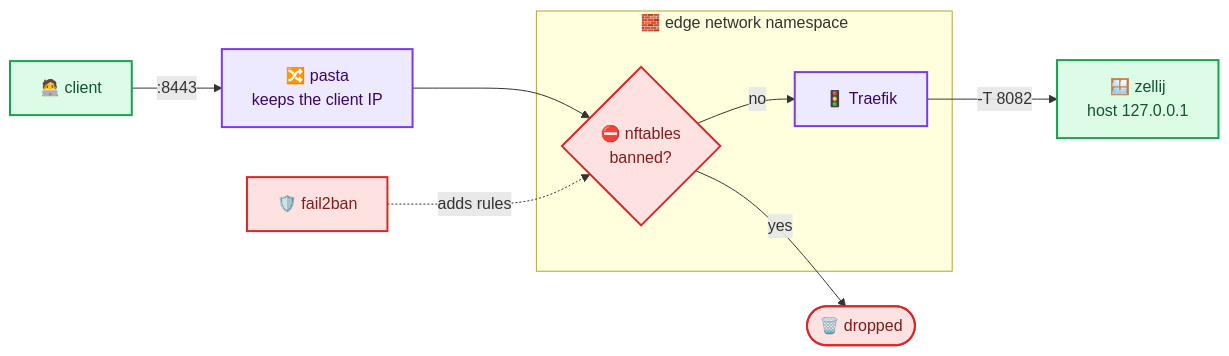
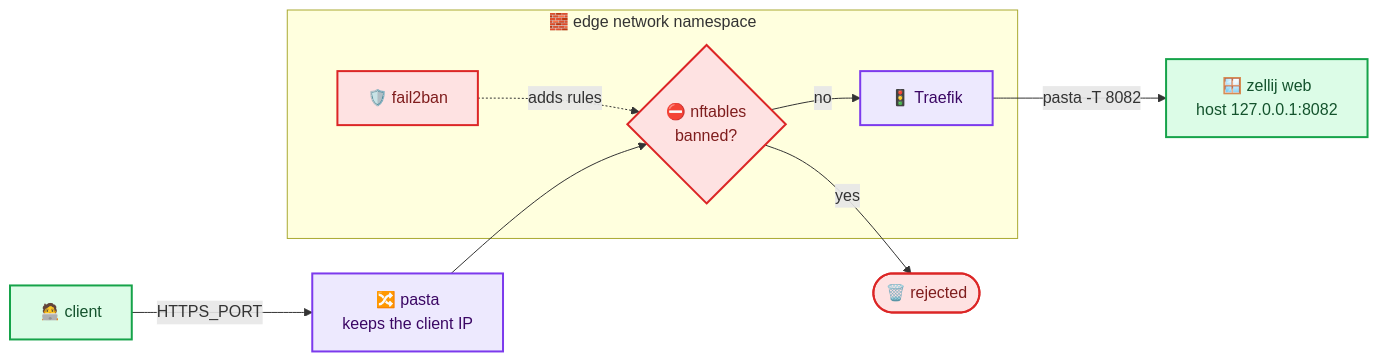
The first of 2 diagrams in docs/fail2ban.md (thereisnotime/secure-zellij), drawn with Mermaid before and after one commit. The commit also changed other lines of this file and 3 other files, not shown here.

Commit message:
docs: rework the fail2ban, alerting, SSO and SELinux pages for the edge namespace

````diff
--- a/docs/fail2ban.md
+++ b/docs/fail2ban.md
@@ -19,18 +58,18 @@
 ```mermaid
 flowchart LR
-    client["🧑‍💻 client"] -- ":8443" --> pasta["🔀 pasta<br/>keeps the client IP"]
+    client["🧑‍💻 client"] -- "HTTPS_PORT" --> pasta["🔀 pasta<br/>keeps the client IP"]
     subgraph ns["🧱 edge network namespace"]
         nft{"⛔ nftables<br/>banned?"} -- "no" --> traefik["🚦 Traefik"]
+        f2b["🛡️ fail2ban"] -. "adds rules" .-> nft
     end
     pasta --> nft
-    nft -- "yes" --> drop(["🗑️ dropped"])
-    f2b["🛡️ fail2ban"] -. "adds rules" .-> nft
-    traefik -- "-T 8082" --> zellij["🪟 zellij<br/>host 127.0.0.1"]
+    nft -- "yes" --> drop(["🗑️ rejected"])
+    traefik -- "pasta -T 8082" --> zellij["🪟 zellij web<br/>host 127.0.0.1:8082"]
 
     classDef guard fill:#fee2e2,stroke:#dc2626,stroke-width:2px,color:#7f1d1d
     classDef proxy fill:#ede9fe,stroke:#7c3aed,stroke-width:2px,color:#3b0764
     classDef app fill:#dcfce7,stroke:#16a34a,stroke-width:2px,color:#14532d
     class nft,f2b,drop guard
     class traefik,pasta proxy
     class zellij,client app
 ```
````
